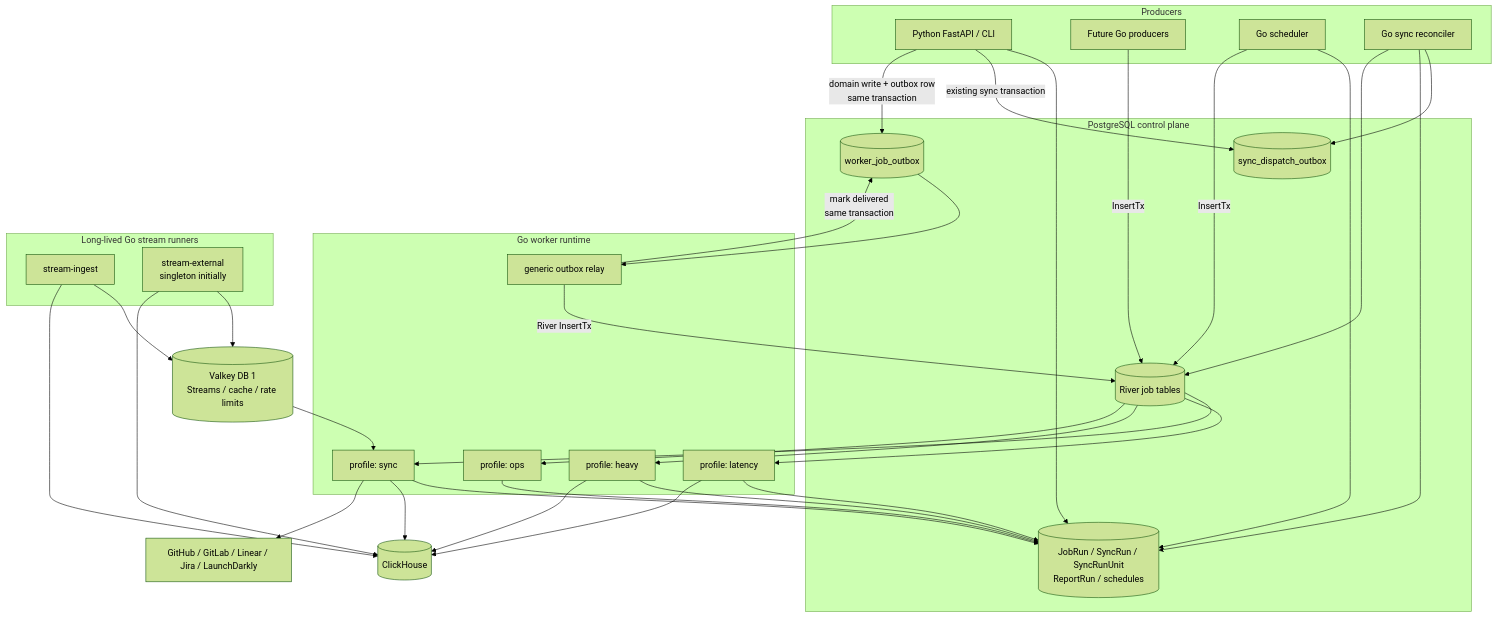
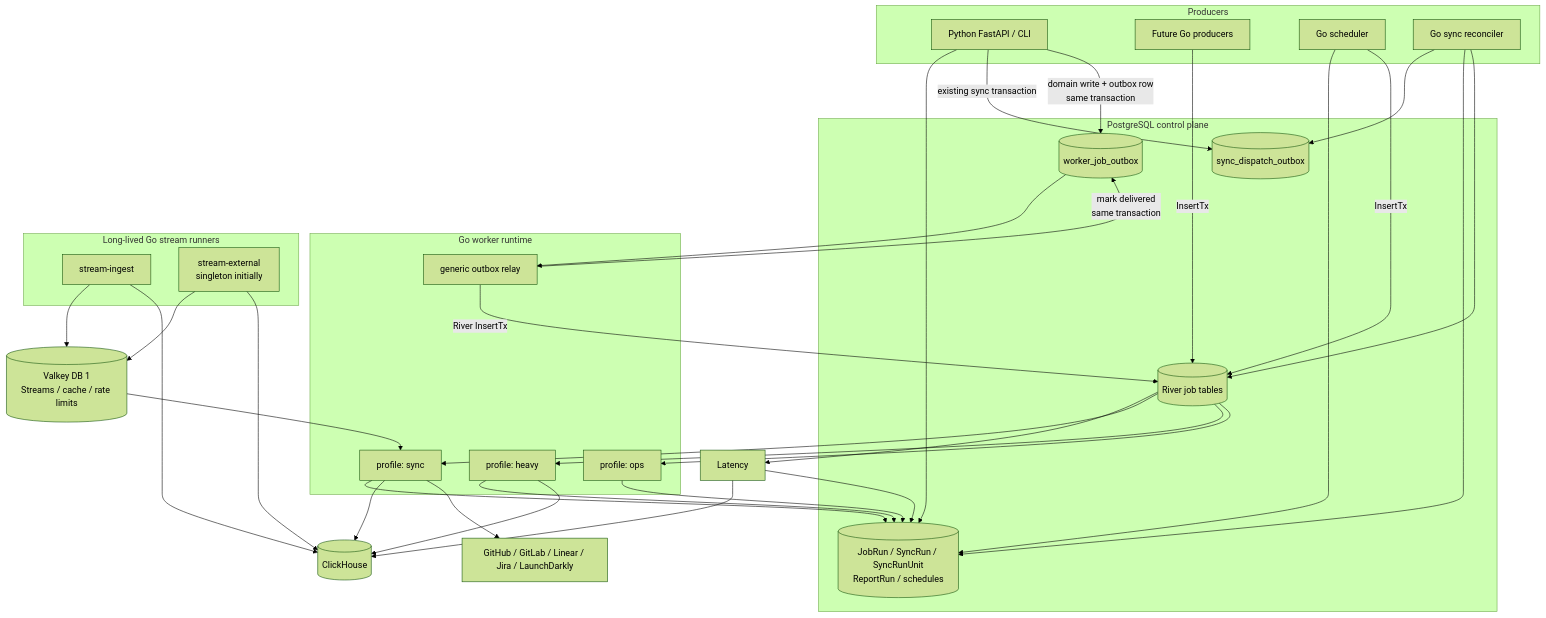
One commit to full-chaos/dev-health-ops changed the third of 7 diagrams in docs/architecture/go-worker-runtime-trd.md. Above: the diagram before and after it, drawn with Mermaid (forest theme). The commit also changed other lines of this file and 9 other files, not shown here.

````diff
--- a/docs/architecture/go-worker-runtime-trd.md
+++ b/docs/architecture/go-worker-runtime-trd.md
@@ -140,64 +140,63 @@
 ```mermaid
 flowchart TB
     subgraph Producers
         API[Python FastAPI / CLI]
         GoAPI[Future Go producers]
         Sched[Go scheduler]
         Recon[Go sync reconciler]
     end
 
     subgraph Control["PostgreSQL control plane"]
         River[(River job tables)]
         Domain[(JobRun / SyncRun / SyncRunUnit<br/>ReportRun / schedules)]
         Outbox[(sync_dispatch_outbox)]
         GenericOutbox[(worker_job_outbox)]
     end
 
     subgraph GoRuntime["Go worker runtime"]
-        Latency[profile: latency]
         Sync[profile: sync]
         Heavy[profile: heavy]
         Ops[profile: ops]
         Relay[generic outbox relay]
     end
 
     subgraph Streams["Long-lived Go stream runners"]
         Ingest[stream-ingest]
         External[stream-external<br/>singleton initially]
     end
 
     API --> Domain
     API -->|existing sync transaction| Outbox
     API -->|domain write + outbox row<br/>same transaction| GenericOutbox
     GoAPI -->|InsertTx| River
     Sched --> Domain
     Sched -->|InsertTx| River
     Recon --> Outbox
     Recon --> Domain
     Recon --> River
     GenericOutbox --> Relay
     Relay -->|River InsertTx| River
     Relay -->|mark delivered<br/>same transaction| GenericOutbox
 
     River --> Latency
     River --> Sync
     River --> Heavy
     River --> Ops
 
     Latency --> Domain
     Sync --> Domain
     Heavy --> Domain
     Ops --> Domain
 
     Latency --> CH[(ClickHouse)]
     Sync --> CH
     Heavy --> CH
 
     Ingest --> V1[(Valkey DB 1<br/>Streams / cache / rate limits)]
     External --> V1
     Ingest --> CH
     External --> CH
 
     Sync --> Providers[GitHub / GitLab / Linear / Jira / LaunchDarkly]
     V1 --> Sync
 ```
````
